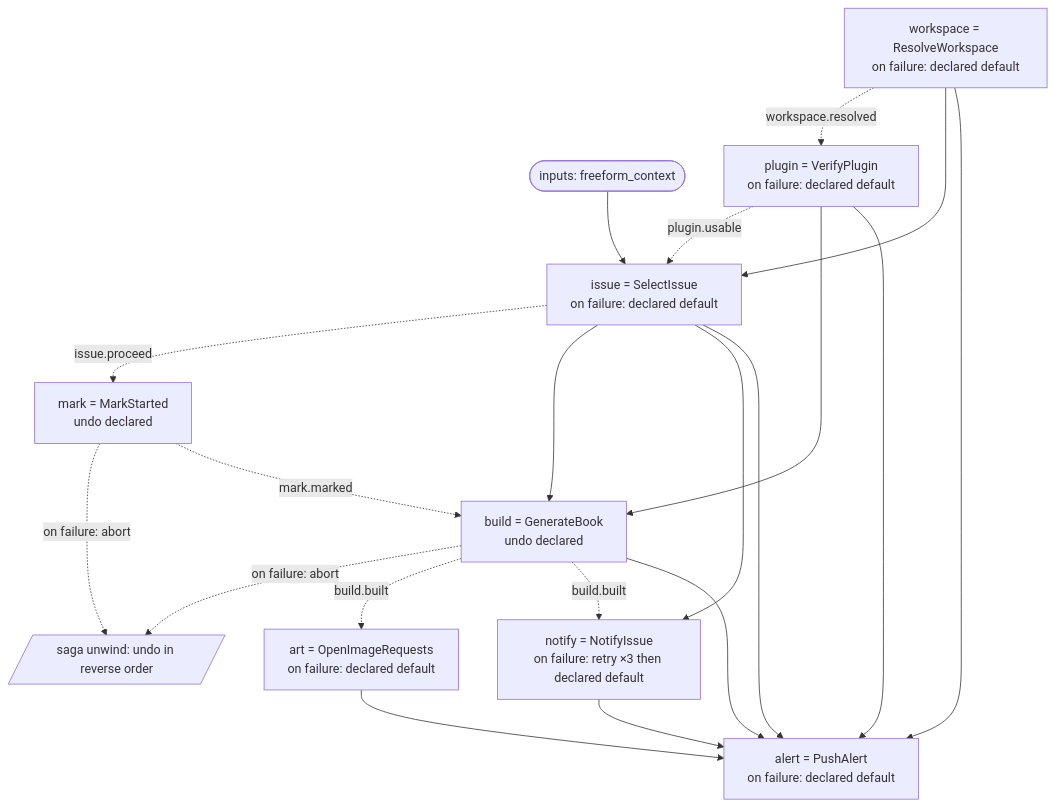
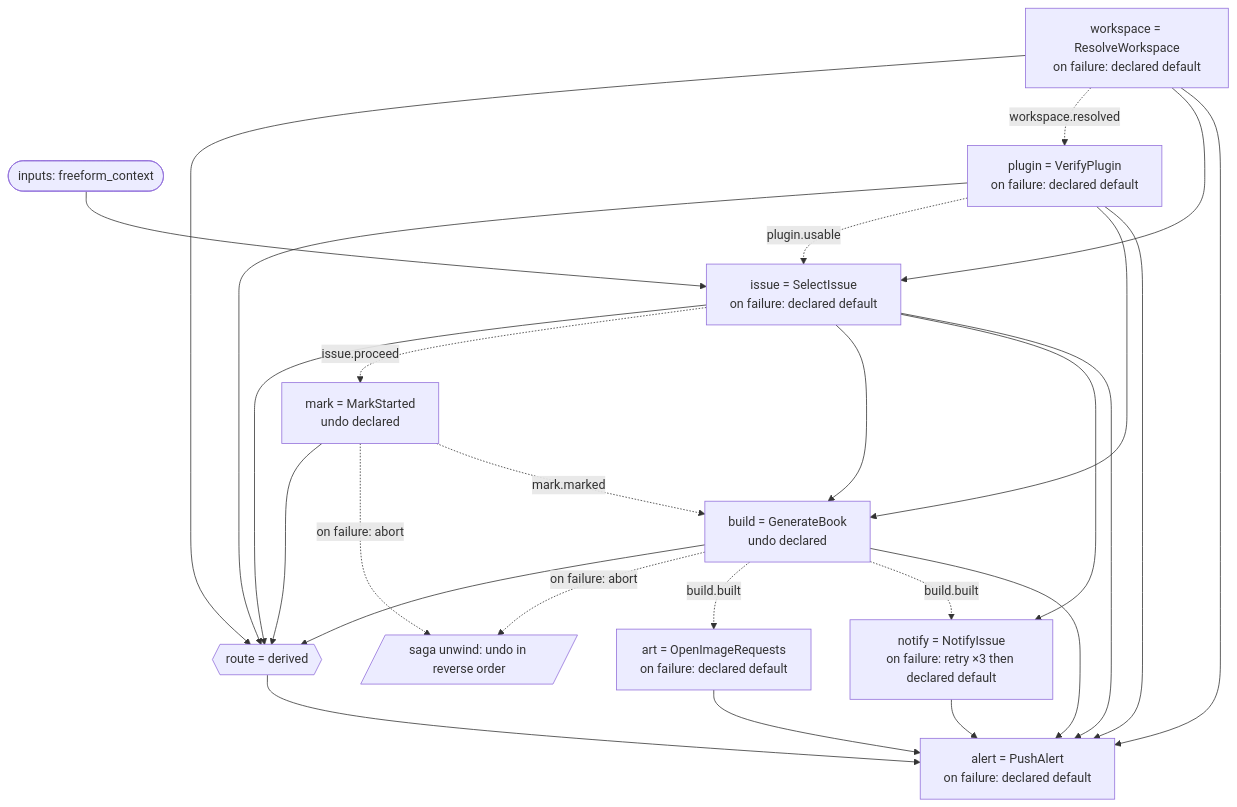
One commit to sunprema/AgentSpec changed the diagram in docs/BookBank_routine.graph.md. Above: the diagram before and after it, drawn with Mermaid. The commit also changed 14 other files, not shown here.

````diff
--- a/docs/BookBank_routine.graph.md
+++ b/docs/BookBank_routine.graph.md
@@ -5,32 +5,39 @@
 ```mermaid
 flowchart TD
     _inputs(["inputs: freeform_context"])
     workspace["workspace = ResolveWorkspace<br/>on failure: declared default"]
     plugin["plugin = VerifyPlugin<br/>on failure: declared default"]
     issue["issue = SelectIssue<br/>on failure: declared default"]
     mark["mark = MarkStarted<br/>undo declared"]
     build["build = GenerateBook<br/>undo declared"]
     art["art = OpenImageRequests<br/>on failure: declared default"]
     notify["notify = NotifyIssue<br/>on failure: retry ×3 then declared default"]
     alert["alert = PushAlert<br/>on failure: declared default"]
+    route{{"route = derived"}}
+    build --> route
+    issue --> route
+    mark --> route
+    plugin --> route
+    workspace --> route
     workspace -. "workspace.resolved" .-> plugin
     _inputs --> issue
     plugin -. "plugin.usable" .-> issue
     workspace --> issue
     issue -. "issue.proceed" .-> mark
     mark -. "on failure: abort" .-> _unwind
     issue --> build
     mark -. "mark.marked" .-> build
     plugin --> build
     build -. "on failure: abort" .-> _unwind
     build -. "build.built" .-> art
     build -. "build.built" .-> notify
     issue --> notify
     art --> alert
     build --> alert
     issue --> alert
     notify --> alert
     plugin --> alert
+    route --> alert
     workspace --> alert
     _unwind[/"saga unwind: undo in reverse order"/]
 ```
````
